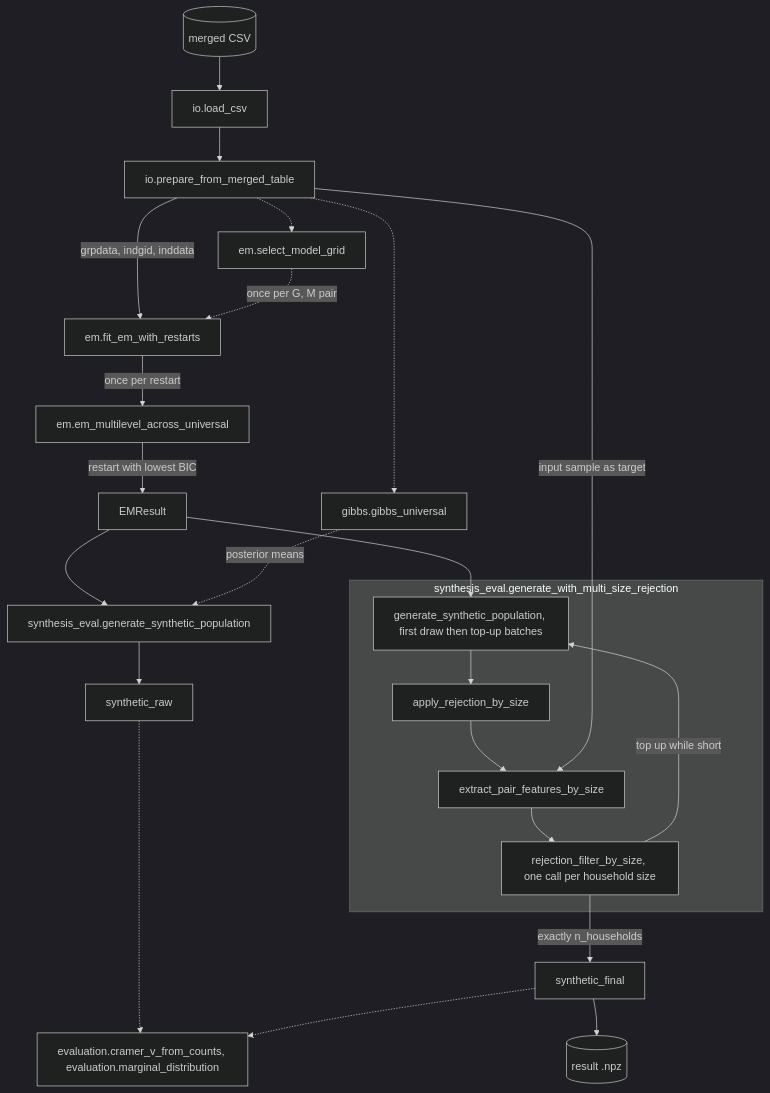
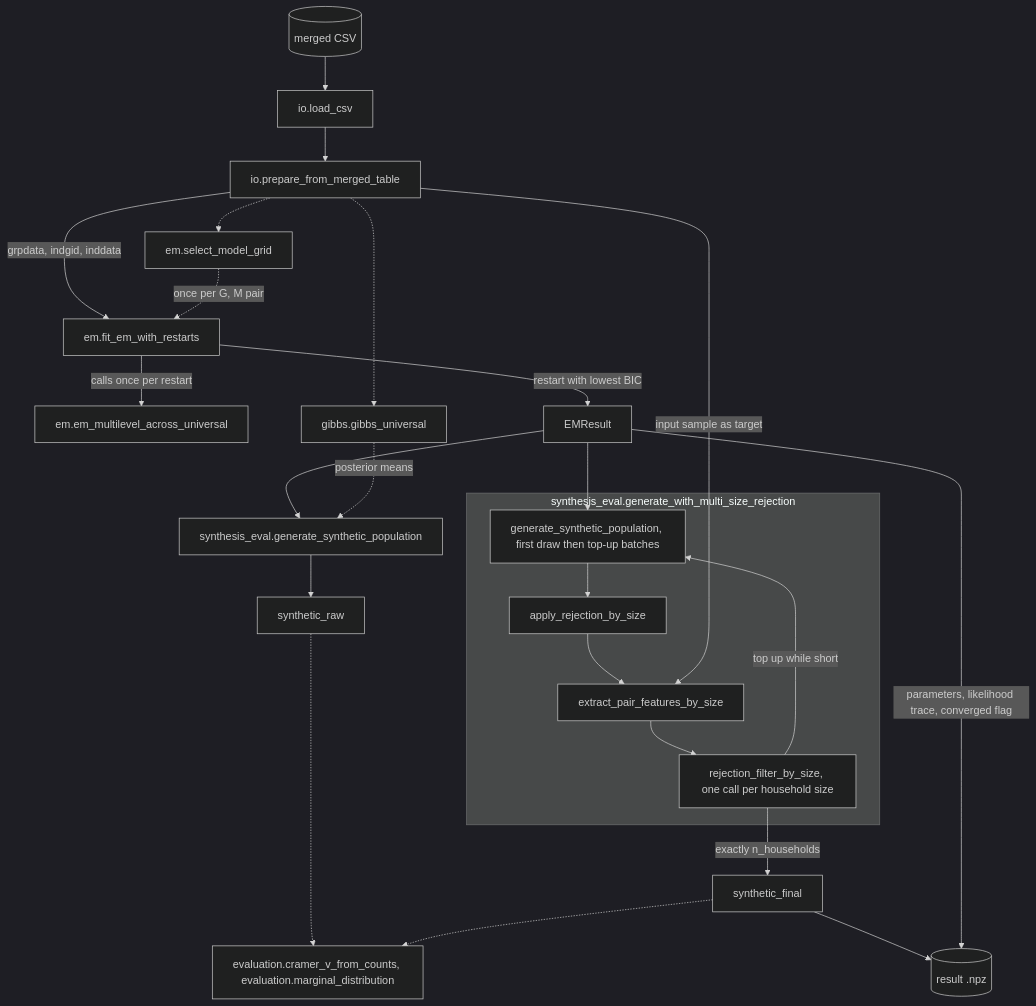
Before and after one commit to Zhuhan-J/hlc-popsyn: the diagram in README.md, drawn with Mermaid (dark theme). The commit also changed other lines of this file and 1 other file, not shown here.

````diff
--- a/README.md
+++ b/README.md
@@ -86,26 +91,27 @@
 ```mermaid
 flowchart TD
     csv[("merged CSV")] --> load["io.load_csv"]
     load --> prep["io.prepare_from_merged_table"]
     prep -->|"grpdata, indgid, inddata"| fit["em.fit_em_with_restarts"]
-    fit -->|"once per restart"| core["em.em_multilevel_across_universal"]
-    core -->|"restart with lowest BIC"| params["EMResult"]
+    fit -->|"calls once per restart"| core["em.em_multilevel_across_universal"]
+    fit -->|"restart with lowest BIC"| params["EMResult"]
     params --> gen["synthesis_eval.generate_synthetic_population"]
     gen --> raw["synthetic_raw"]
     params --> draw
     subgraph rejloop ["synthesis_eval.generate_with_multi_size_rejection"]
         draw["generate_synthetic_population, first draw then top-up batches"] --> rej["apply_rejection_by_size"]
         rej --> feat["extract_pair_features_by_size"]
         feat --> filt["rejection_filter_by_size, one call per household size"]
         filt -->|"top up while short"| draw
     end
     prep -->|"input sample as target"| feat
     filt -->|"exactly n_households"| final["synthetic_final"]
     final --> npz[("result .npz")]
+    params -->|"parameters, likelihood trace, converged flag"| npz
     prep -.-> grid["em.select_model_grid"]
     grid -.->|"once per G, M pair"| fit
     prep -.-> gibbs["gibbs.gibbs_universal"]
     gibbs -.->|"posterior means"| gen
     raw -.-> ev["evaluation.cramer_v_from_counts, evaluation.marginal_distribution"]
     final -.-> ev
 ```
````
